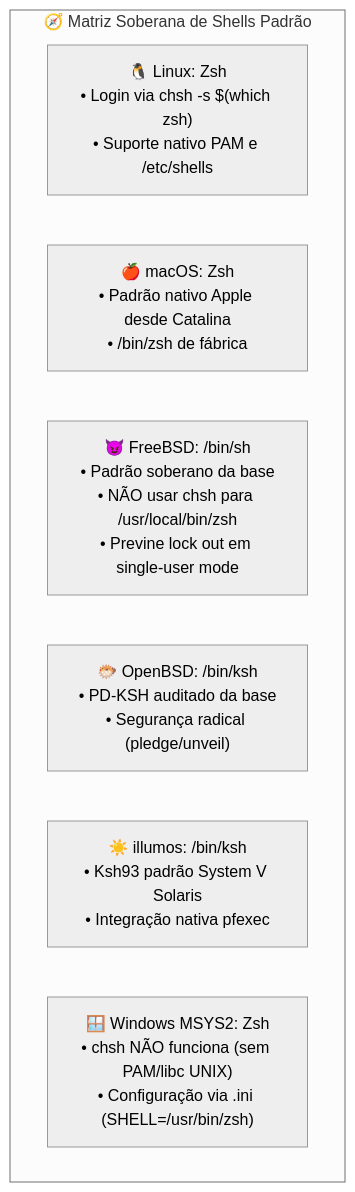
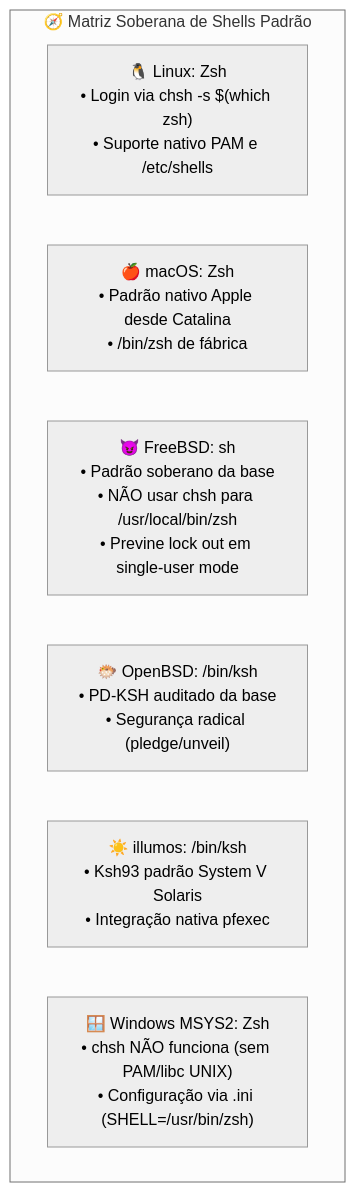
Before and after one commit to GabrielFrigo4/shell: the second of 4 diagrams in docs/ARCHITECTURE.md, drawn with Mermaid (neutral theme). The commit also changed other lines of this file and 20 other files, not shown here.

````diff
--- a/docs/ARCHITECTURE.md
+++ b/docs/ARCHITECTURE.md
@@ -74,11 +74,11 @@
 ```mermaid
 flowchart TD
     subgraph UNIX_STANDARDS ["🧭 Matriz Soberana de Shells Padrão"]
         LINUX["🐧 Linux: Zsh<br/>• Login via chsh -s $(which zsh)<br/>• Suporte nativo PAM e /etc/shells"]
         MACOS["🍎 macOS: Zsh<br/>• Padrão nativo Apple desde Catalina<br/>• /bin/zsh de fábrica"]
-        FREEBSD["😈 FreeBSD: /bin/sh<br/>• Padrão soberano da base<br/>• NÃO usar chsh para /usr/local/bin/zsh<br/>• Previne lock out em single-user mode"]
+        FREEBSD["😈 FreeBSD: sh<br/>• Padrão soberano da base<br/>• NÃO usar chsh para /usr/local/bin/zsh<br/>• Previne lock out em single-user mode"]
         OPENBSD["🐡 OpenBSD: /bin/ksh<br/>• PD-KSH auditado da base<br/>• Segurança radical (pledge/unveil)"]
         ILLUMOS["☀️ illumos: /bin/ksh<br/>• Ksh93 padrão System V Solaris<br/>• Integração nativa pfexec"]
         MSYS2["🪟 Windows MSYS2: Zsh<br/>• chsh NÃO funciona (sem PAM/libc UNIX)<br/>• Configuração via .ini (SHELL=/usr/bin/zsh)"]
     end
 ```
````
